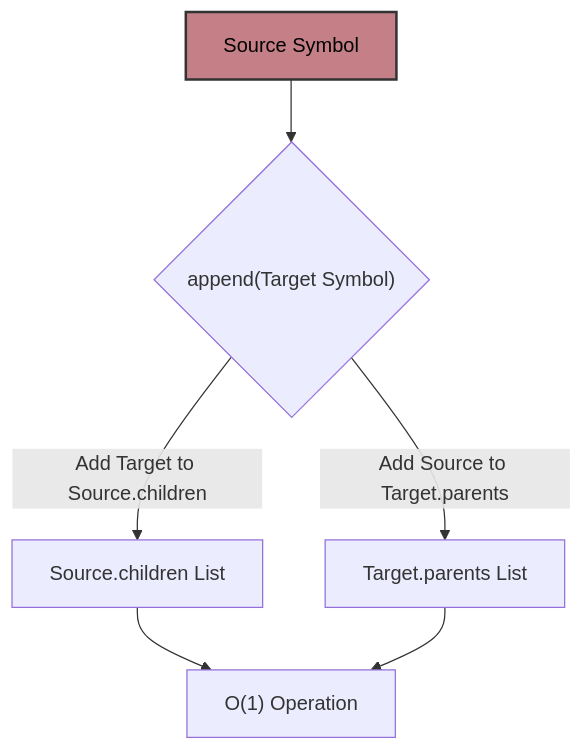
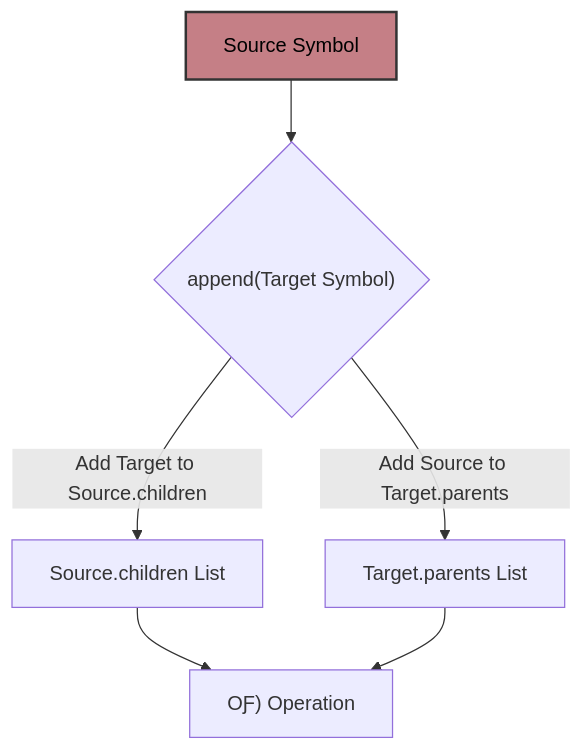
One commit to ikko/sym changed the second of 4 diagrams in docs/readme_details/9_performance/index.md. Above: the diagram before and after it, drawn with Mermaid. The commit also changed other lines of this file and 18 other files, not shown here.

````diff
--- a/docs/readme_details/9_performance/index.md
+++ b/docs/readme_details/9_performance/index.md
@@ -75,12 +75,12 @@
 ```mermaid
 graph TD
-    A[Source Symbol] --> B{append#40;Target Symbol#41;};
+    A[Source Symbol] --> B{append&#40Target Symbol&#41};
     B -- "Add Target to Source.children" --> C[Source.children List];
     B -- "Add Source to Target.parents" --> D[Target.parents List];
-    C --> E[O#40;1#41; Operation];
+    C --> E[O&#401&#41 Operation];
     D --> E;
 
     style A fill:#c57f86,stroke:#333,stroke-width:2px,color:#000000;
 
     style A fill:#c57f86,stroke:#333,stroke-width:2px,color:#000000;
 ```
````
